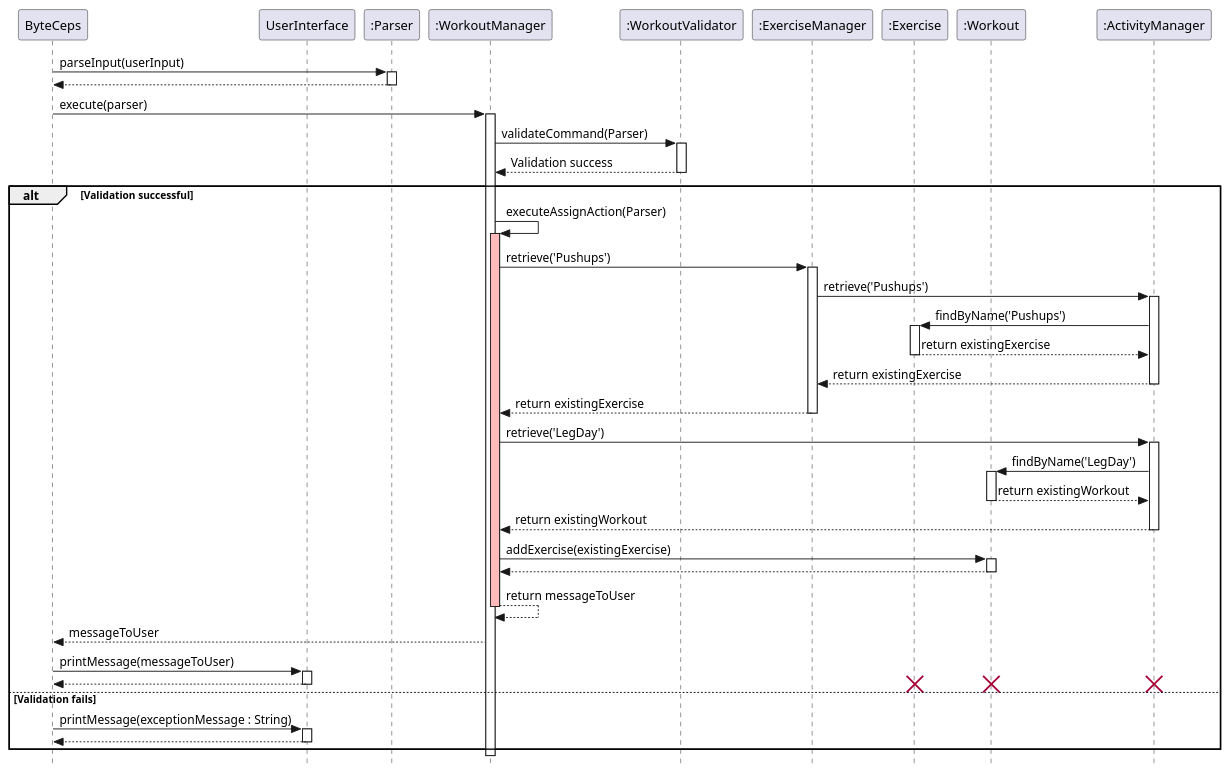
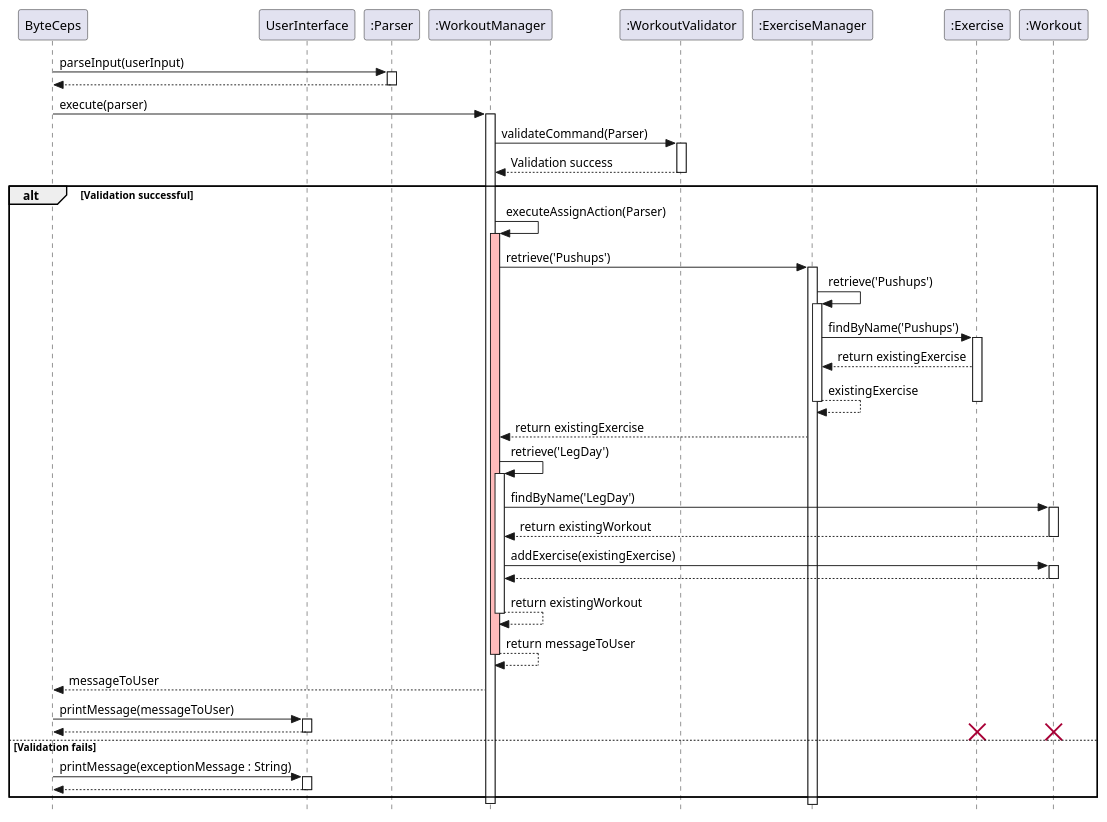
Before and after one commit to joshualeejunyi/tp: the diagram in docs/plantuml/assignExercise.puml, drawn with PlantUML. The commit also changed 7 other files, not shown here.

Commit message:
Remove ActivityManager in all diagrams

```diff
--- a/docs/plantuml/assignExercise.puml
+++ b/docs/plantuml/assignExercise.puml
@@ -1,88 +1,83 @@
 @startuml SequenceDiagram
 
 skinparam classAttributeIconSize 0
 skinparam style strictuml
 
 participant ByteCeps as User
 participant UserInterface
-participant ":ActivityManager" as ActivityManager
 participant ":Parser" as Parser
 participant ":WorkoutManager" as WorkoutManager
 participant ":WorkoutValidator" as Validator
 participant ":ExerciseManager" as ExerciseManager
 participant ":Exercise" as Exercise
 participant ":Workout" as Workout
 
 User -> Parser : parseInput(userInput)
 activate Parser
 User <-- Parser
 deactivate Parser
 
 User -> WorkoutManager : execute(parser)
 activate WorkoutManager
 
 WorkoutManager -> Validator : validateCommand(Parser)
 activate Validator
 Validator --> WorkoutManager : Validation success
 deactivate Validator
 
 alt Validation successful
 
     WorkoutManager -> WorkoutManager : executeAssignAction(Parser)
     activate WorkoutManager #FFBBBB
 
     WorkoutManager -> ExerciseManager : retrieve('Pushups')
     activate ExerciseManager
-    create ":ActivityManager" as ActivityManager
-    ExerciseManager -> ActivityManager : retrieve('Pushups')
-    activate ActivityManager
+    ExerciseManager -> ExerciseManager : retrieve('Pushups')
+    activate ExerciseManager
+    ExerciseManager -> Exercise : findByName('Pushups')
+    activate Exercise
+    Exercise --> ExerciseManager : return existingExercise
+    ExerciseManager --> ExerciseManager : existingExercise
+    deactivate ExerciseManager
+    deactivate Exercise
+    ExerciseManager --> WorkoutManager : return existingExercise
 
-    ActivityManager -> Exercise : findByName('Pushups')
-    activate Exercise
-    Exercise --> ActivityManager : return existingExercise
-    deactivate Exercise
 
-    ActivityManager --> ExerciseManager : return existingExercise
-    deactivate ActivityManager
-    ExerciseManager --> WorkoutManager : return existingExercise
-    deactivate ExerciseManager
-
-    WorkoutManager -> ActivityManager : retrieve('LegDay')
-    activate ActivityManager
-    ActivityManager -> Workout : findByName('LegDay')
+    WorkoutManager -> WorkoutManager : retrieve('LegDay')
+    activate WorkoutManager
+    WorkoutManager -> Workout : findByName('LegDay')
     activate Workout
-
-    Workout --> ActivityManager : return existingWorkout
+    Workout --> WorkoutManager : return existingWorkout
     deactivate Workout
-    ActivityManager --> WorkoutManager : return existingWorkout
-    deactivate ActivityManager
 
     WorkoutManager -> Workout : addExercise(existingExercise)
     activate Workout
     Workout --> WorkoutManager :
     deactivate Workout
+
+    WorkoutManager --> WorkoutManager : return existingWorkout
+    deactivate WorkoutManager #FFBBBB
 
     WorkoutManager --> WorkoutManager : return messageToUser
     deactivate WorkoutManager #FFBBBB
     WorkoutManager --> User : messageToUser
 
     User -> UserInterface: printMessage(messageToUser)
     activate UserInterface
     UserInterface --> User
     deactivate UserInterface
 
     destroy Workout
     destroy Exercise
-    destroy ActivityManager
 
 else Validation fails
     User -> UserInterface: printMessage(exceptionMessage : String)
     activate UserInterface
     UserInterface --> User:
     deactivate UserInterface
 end
 
 deactivate WorkoutManager
 deactivate Parser
 
 @enduml
```
